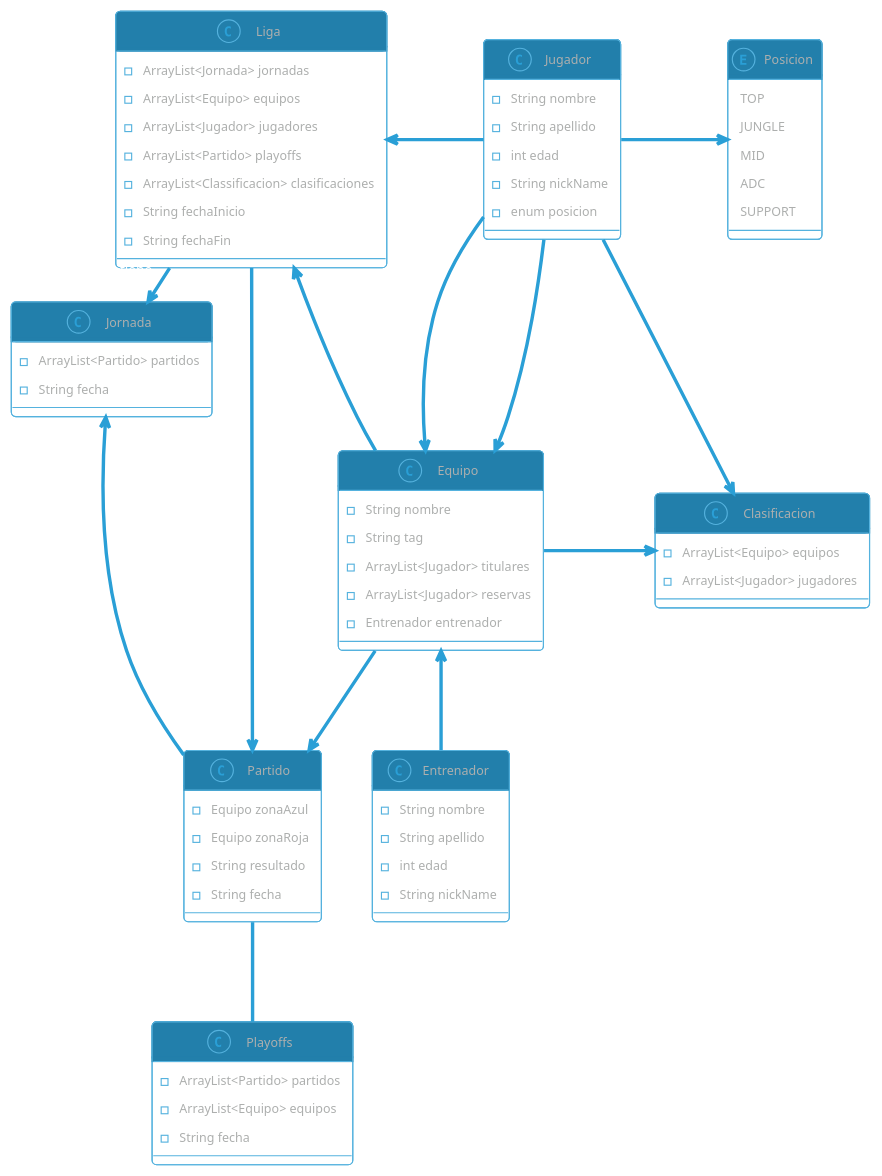
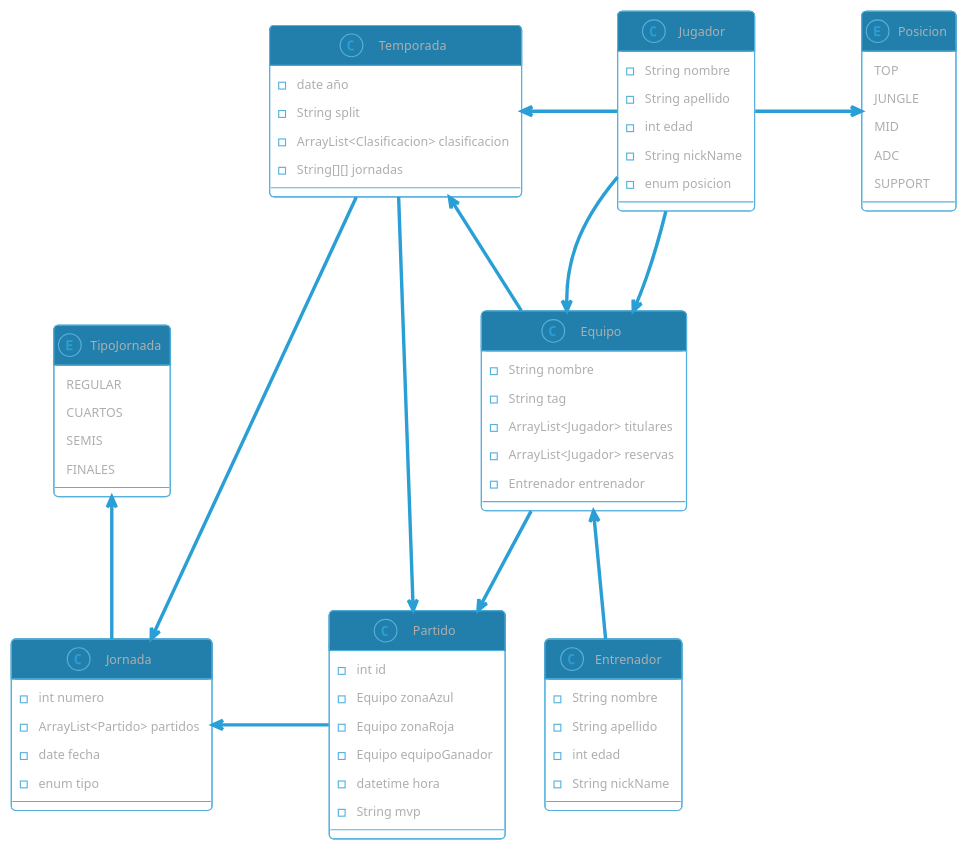
One commit to andypr97vlc/PRG_Superliga changed the diagram in clases.md. Above: the diagram before and after it, drawn with PlantUML. The commit also changed 8 other files, not shown here.

````diff
--- a/clases.md
+++ b/clases.md
@@ -35,54 +35,50 @@
 }
 
 class Partido {
+    - int id
     - Equipo zonaAzul
     - Equipo zonaRoja
-    - String resultado
-    - String fecha
-}
-
-class Playoffs {
-    - ArrayList<Partido> partidos
-    - ArrayList<Equipo> equipos
-    - String fecha
+    - Equipo equipoGanador
+    - datetime hora
+    - String mvp
 }
 
 class Jornada {
+    - int numero
     - ArrayList<Partido> partidos
-    - String fecha
+    - date fecha
+    - enum tipo
 }
 
-class Clasificacion {
-    - ArrayList<Equipo> equipos
-    - ArrayList<Jugador> jugadores
+enum TipoJornada {
+    REGULAR
+    CUARTOS
+    SEMIS
+    FINALES
 }
 
-class Liga {
-    - ArrayList<Jornada> jornadas
-    - ArrayList<Equipo> equipos
-    - ArrayList<Jugador> jugadores
-    - ArrayList<Partido> playoffs
-    - ArrayList<Classificacion> clasificaciones
-    - String fechaInicio
-    - String fechaFin
+class Temporada {
+    - date año
+    - String split
+    - ArrayList<Clasificacion> clasificacion
+    - String[][] jornadas
 }
 
 Jugador -down-> "5" Equipo : titulares
 Jugador -down-> "*" Equipo : reservas
 Jugador -right-> "1" Posicion : posicion
-Jugador -right-> Clasificacion : clasifican
 
 Equipo -down-> Partido : juega
 Equipo "1" <-down- Entrenador : entrena
-Equipo -right-> Clasificacion : clasifican
 
-Partido -down- Playoffs : pueden ser
+Jornada -up-> TipoJornada : tipo
+
 Partido -left-> Jornada : pertenece
 
-Liga -right-> Jornada : tiene
-Liga -right-> Partido : tiene
-Liga <-right- Jugador : juegan
-Liga <-right- Equipo : juegan
+Temporada -right-> Jornada : tiene
+Temporada -right-> Partido : tiene
+Temporada <-right- Jugador : juegan
+Temporada <-right- Equipo : juegan
 
 @enduml
 ```
````
